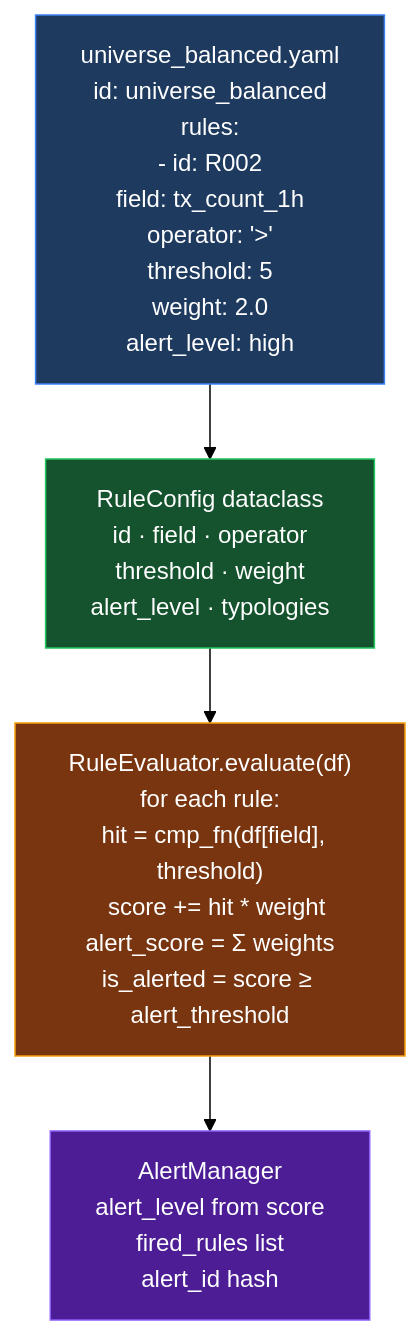
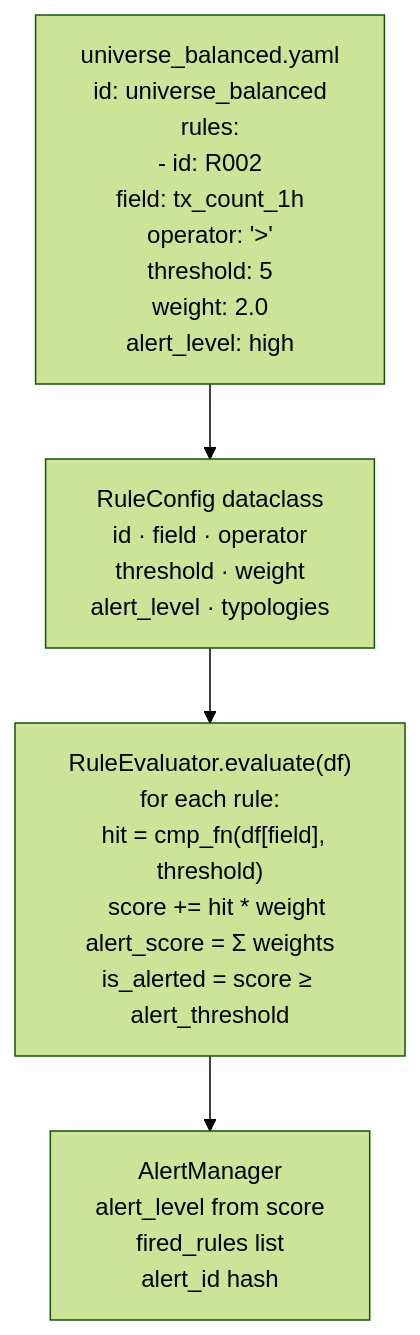
One commit to gregorizeidler/AML-multiverse-simulator changed the fifth of 23 diagrams in README.md. Above: the diagram before and after it, drawn with Mermaid (forest theme). The commit also changed other lines of this file, not shown here.

Commit message:
fix: remove all custom mermaid style directives incompatible with GitHub renderer

````diff
--- a/README.md
+++ b/README.md
@@ -643,12 +615,8 @@
 ```mermaid
 flowchart TD
-    style Y fill:#1e3a5f,stroke:#3b82f6,color:#fff
-    style L fill:#14532d,stroke:#22c55e,color:#fff
-    style E fill:#78350f,stroke:#f59e0b,color:#fff
-    style A fill:#4c1d95,stroke:#8b5cf6,color:#fff
 
     Y["universe_balanced.yaml\nid: universe_balanced\nrules:\n- id: R002\n  field: tx_count_1h\n  operator: '>'\n  threshold: 5\n  weight: 2.0\n  alert_level: high"] --> L
     L["RuleConfig dataclass\nid · field · operator\nthreshold · weight\nalert_level · typologies"] --> E
     E["RuleEvaluator.evaluate(df)\nfor each rule:\n  hit = cmp_fn(df[field], threshold)\n  score += hit * weight\nalert_score = Σ weights\nis_alerted = score ≥ alert_threshold"] --> A
     A["AlertManager\nalert_level from score\nfired_rules list\nalert_id hash"]
 ```
````
